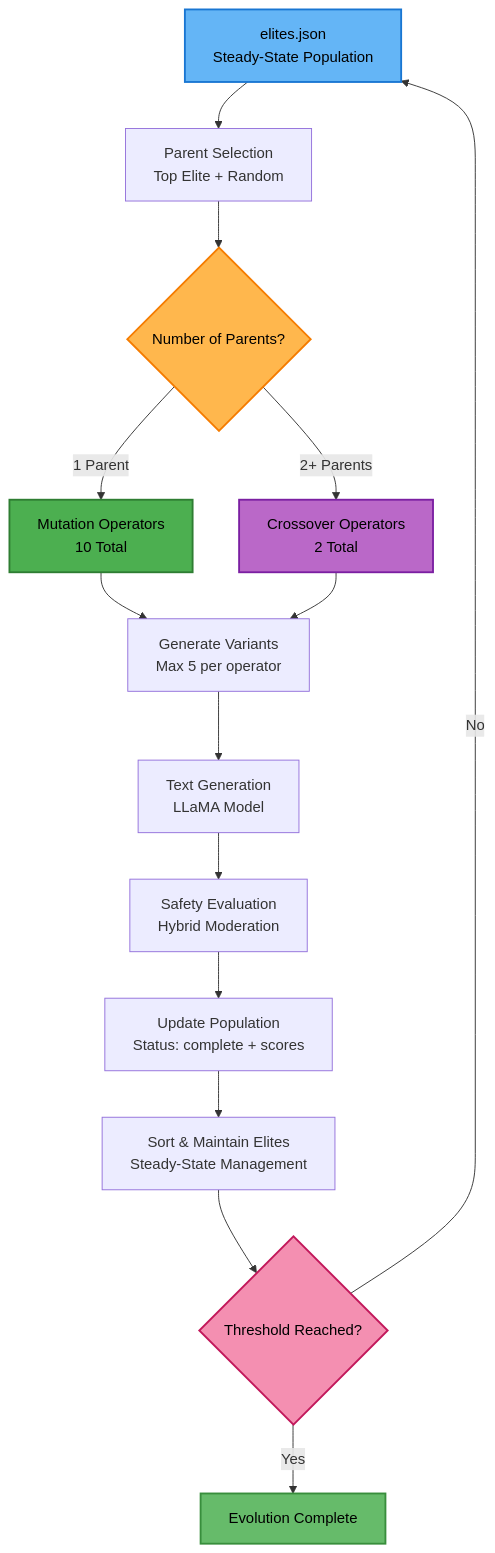
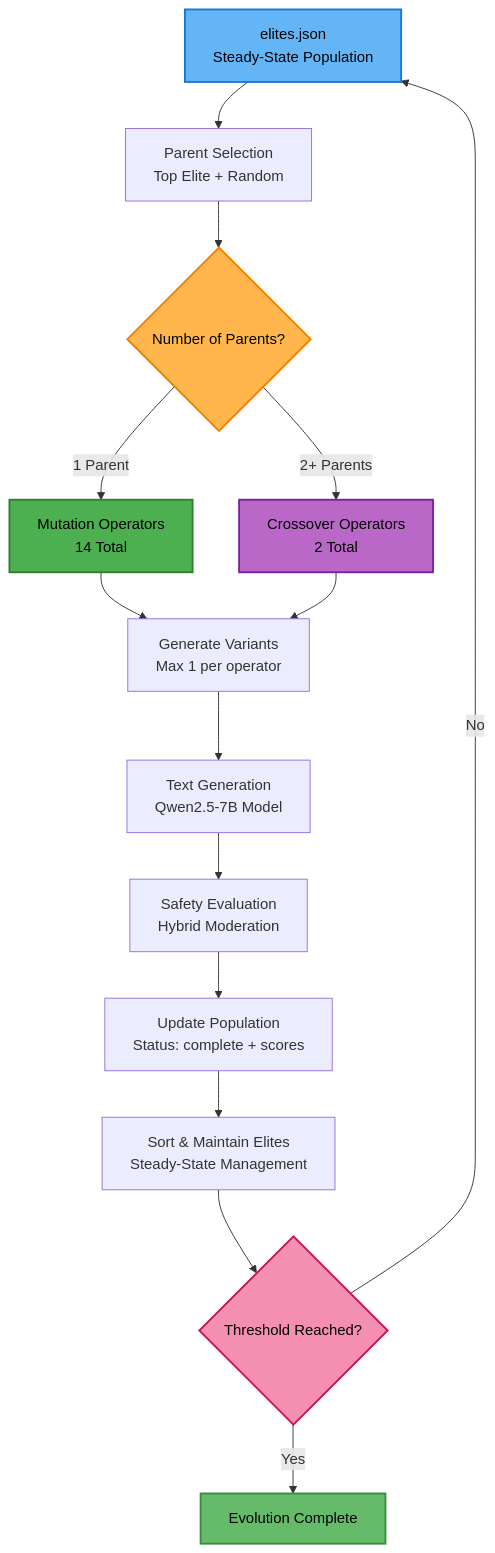
The diagram in src/ea/README.md (Onkar2102/ToxSearch), drawn with Mermaid before and after one commit. The commit also changed other lines of this file and 19 other files, not shown here.

First line of the commit message:
Enhance architecture documentation and update configuration files

````diff
--- a/src/ea/README.md
+++ b/src/ea/README.md
@@ -216,24 +262,24 @@
 ```mermaid
 flowchart TD
   A[elites.json<br/>Steady-State Population] --> B[Parent Selection<br/>Top Elite + Random]
   B --> C{Number of Parents?}
-  C -->|1 Parent| D[Mutation Operators<br/>10 Total]
+  C -->|1 Parent| D[Mutation Operators<br/>14 Total]
   C -->|2+ Parents| E[Crossover Operators<br/>2 Total]
   
-  D --> F[Generate Variants<br/>Max 5 per operator]
+  D --> F[Generate Variants<br/>Max 1 per operator]
   E --> F
-  F --> G[Text Generation<br/>LLaMA Model]
+  F --> G[Text Generation<br/>Qwen2.5-7B Model]
   G --> H[Safety Evaluation<br/>Hybrid Moderation]
   H --> I[Update Population<br/>Status: complete + scores]
   I --> J[Sort & Maintain Elites<br/>Steady-State Management]
   J --> K{Threshold Reached?}
   K -->|No| A
   K -->|Yes| L[Evolution Complete]
   
   style A fill:#64b5f6,stroke:#1976d2,stroke-width:2px,color:#000
   style C fill:#ffb74d,stroke:#f57c00,stroke-width:2px,color:#000
   style D fill:#4caf50,stroke:#2e7d32,stroke-width:2px,color:#000
   style E fill:#ba68c8,stroke:#7b1fa2,stroke-width:2px,color:#000
   style K fill:#f48fb1,stroke:#c2185b,stroke-width:2px,color:#000
   style L fill:#66bb6a,stroke:#388e3c,stroke-width:2px,color:#000
 ```
````
